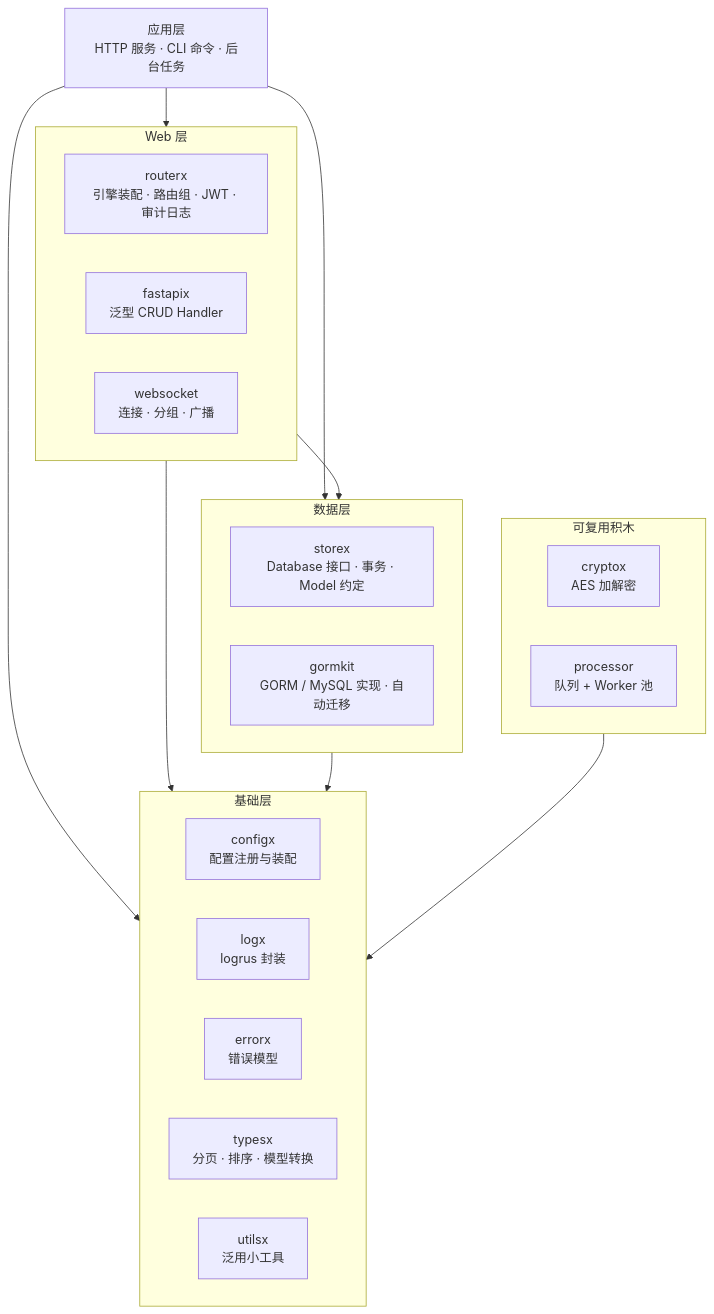
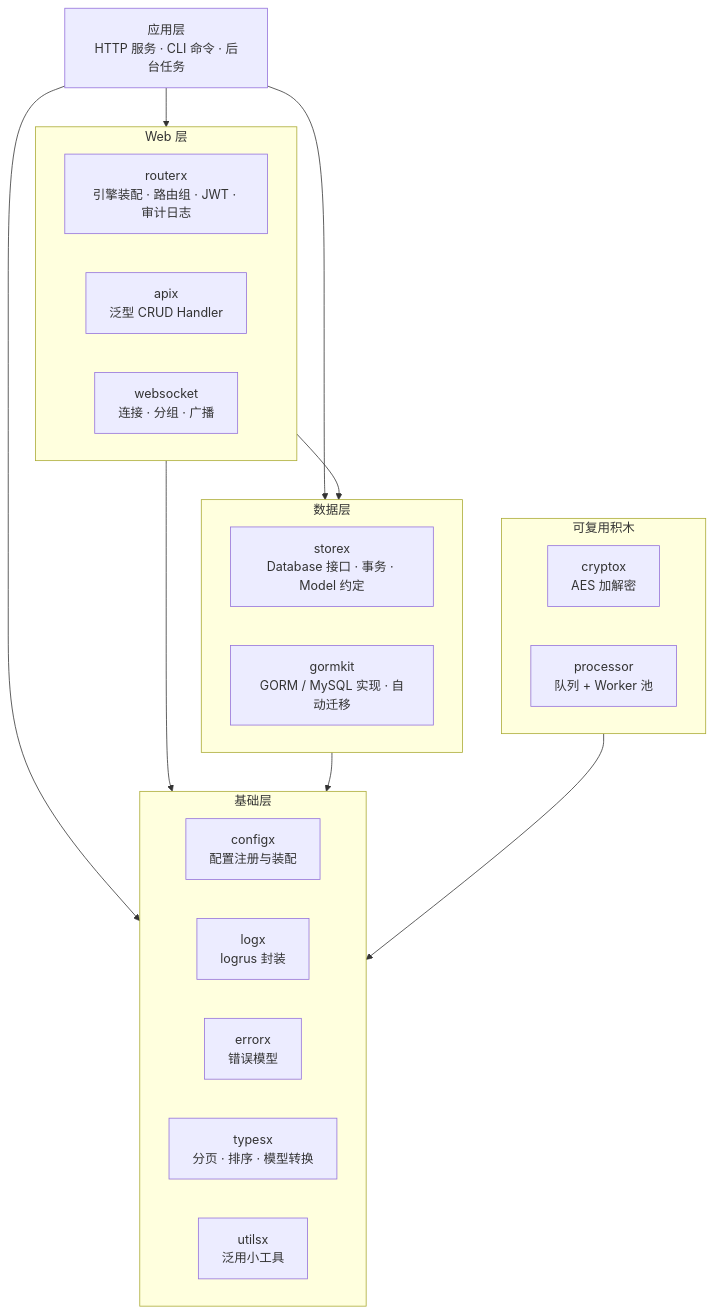
Before and after one commit to zq-xu/gotools: the first of 3 diagrams in README.md, drawn with Mermaid. The commit also changed other lines of this file and 8 other files, not shown here.

First line of the commit message:
refactor: rename fastapix to apix

````diff
--- a/README.md
+++ b/README.md
@@ -22,40 +22,40 @@
 ```mermaid
 flowchart TB
     APP["应用层<br/>HTTP 服务 · CLI 命令 · 后台任务"]
 
     subgraph WEB["Web 层"]
         direction LR
         routerx["routerx<br/>引擎装配 · 路由组 · JWT · 审计日志"]
-        fastapix["fastapix<br/>泛型 CRUD Handler"]
+        apix["apix<br/>泛型 CRUD Handler"]
         websocket["websocket<br/>连接 · 分组 · 广播"]
     end
 
     subgraph STORE["数据层"]
         direction LR
         storex["storex<br/>Database 接口 · 事务 · Model 约定"]
         gormkit["gormkit<br/>GORM / MySQL 实现 · 自动迁移"]
     end
 
     subgraph BASE["基础层"]
         direction LR
         configx["configx<br/>配置注册与装配"]
         logx["logx<br/>logrus 封装"]
         errorx["errorx<br/>错误模型"]
         typesx["typesx<br/>分页 · 排序 · 模型转换"]
         utilsx["utilsx<br/>泛用小工具"]
     end
 
     subgraph BRICKS["可复用积木"]
         direction LR
         cryptox["cryptox<br/>AES 加解密"]
         processor["processor<br/>队列 + Worker 池"]
     end
 
     APP --> WEB
     APP --> STORE
     APP --> BASE
     WEB --> STORE
     WEB --> BASE
     STORE --> BASE
     BRICKS --> BASE
 ```
````
